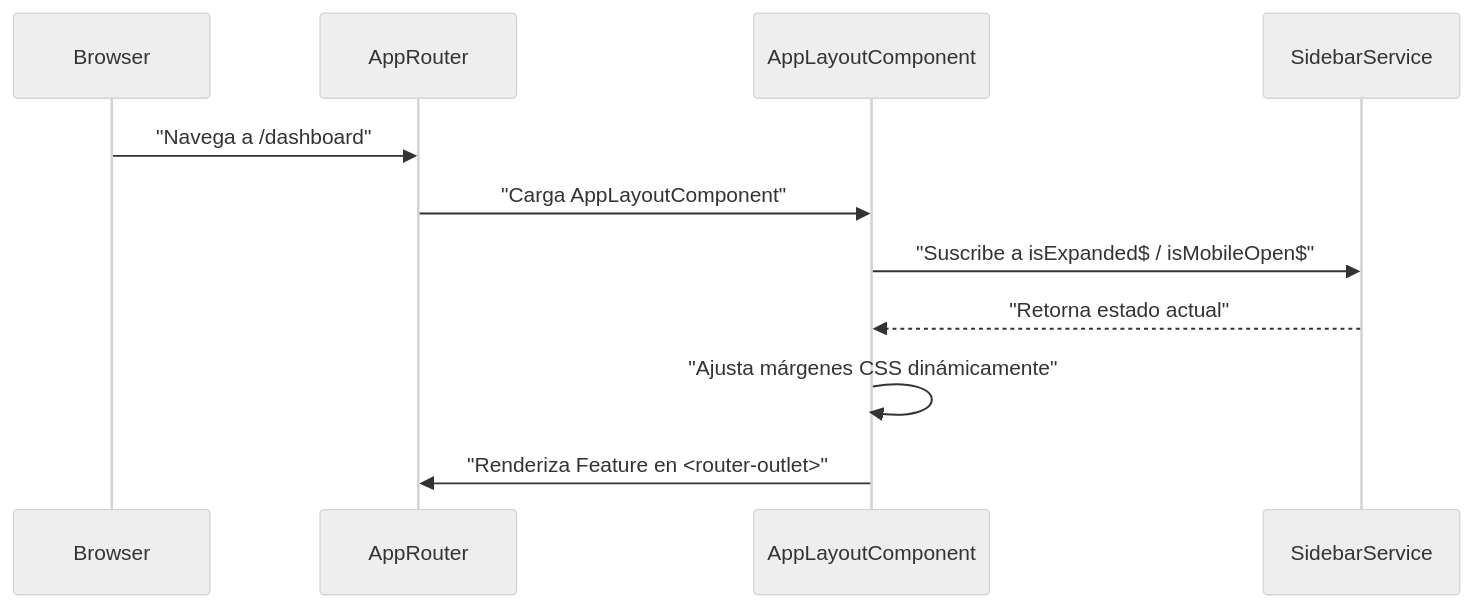
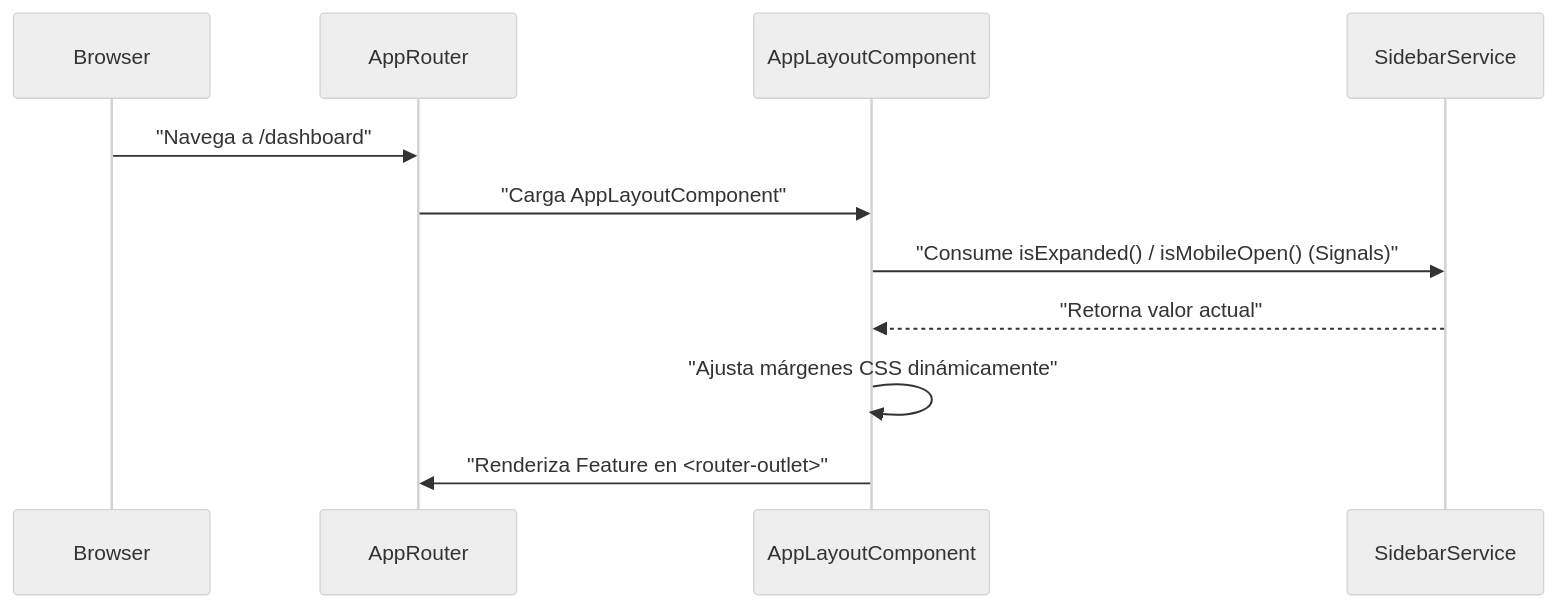
The second of 2 diagrams in docs/LAYOUT_GUIDE.md (henrytaby/an-uyuni-frontend), drawn with Mermaid (neutral theme) before and after one commit. The commit also changed other lines of this file and 3 other files, not shown here.

````diff
--- a/docs/LAYOUT_GUIDE.md
+++ b/docs/LAYOUT_GUIDE.md
@@ -41,14 +41,14 @@
 ```mermaid
 sequenceDiagram
     participant Browser
     participant Router as AppRouter
     participant Shell as AppLayoutComponent
     participant Service as SidebarService
     
     Browser->>Router: "Navega a /dashboard"
     Router->>Shell: "Carga AppLayoutComponent"
-    Shell->>Service: "Suscribe a isExpanded$ / isMobileOpen$"
-    Service-->>Shell: "Retorna estado actual"
+    Shell->>Service: "Consume isExpanded() / isMobileOpen() (Signals)"
+    Service-->>Shell: "Retorna valor actual"
     Shell->>Shell: "Ajusta márgenes CSS dinámicamente"
     Shell->>Router: "Renderiza Feature en <router-outlet>"
 ```
````
